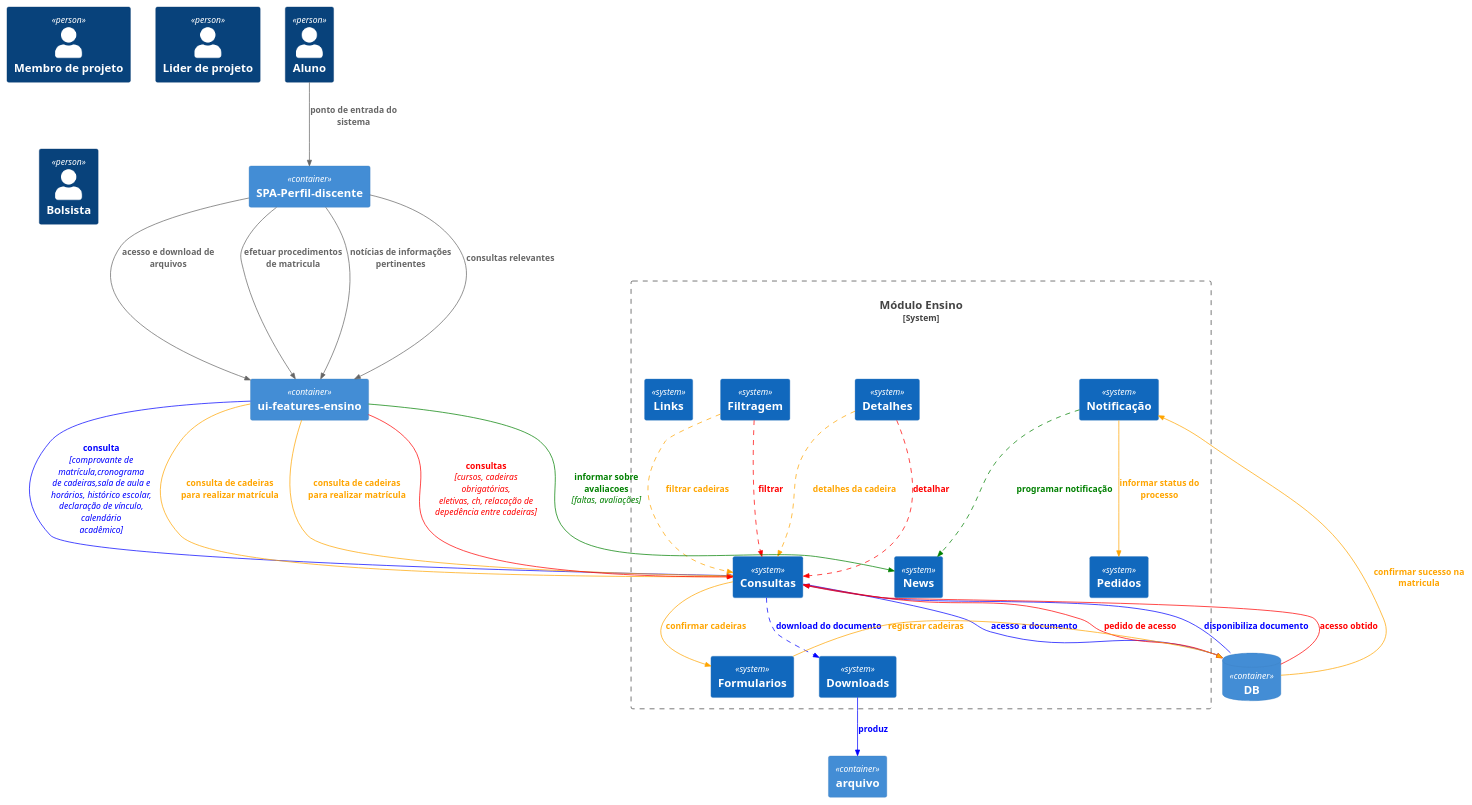
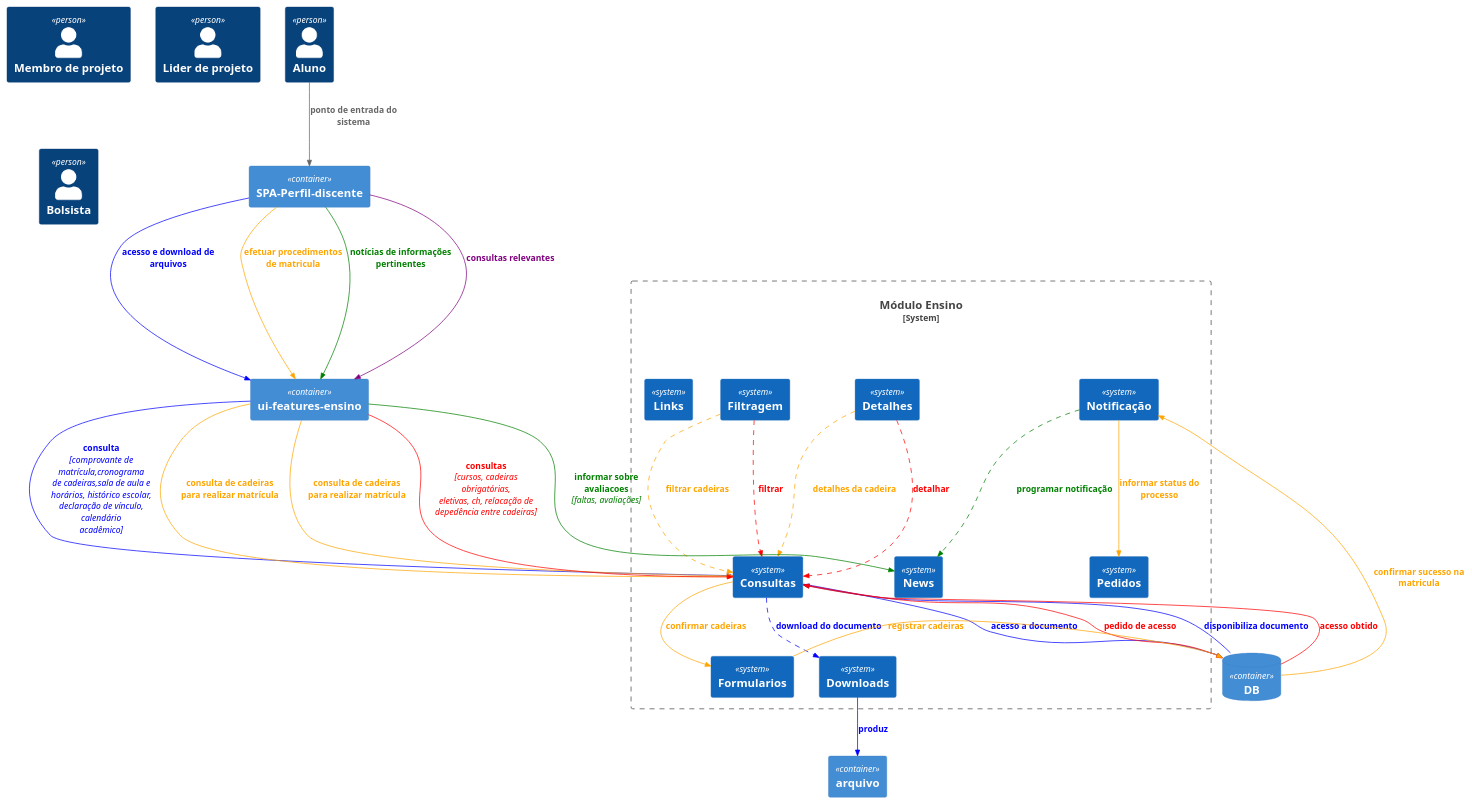
Before and after one commit to EGmux/APS-2023.2-SIGAA: the diagram in resources/BCEnsino/diagramaC4SsystemViewEnsino.puml, drawn with PlantUML. The commit also changed 1 other file, not shown here.

Commit message:
fix(BCEnsino): diagrama e título de funcionalidade como esperados

```diff
--- a/resources/BCEnsino/diagramaC4SsystemViewEnsino.puml
+++ b/resources/BCEnsino/diagramaC4SsystemViewEnsino.puml
@@ -1,74 +1,74 @@
 @startuml C4_Elements
 !include <C4/C4_Container>
 
 Person(aluno, "Aluno")
 
 Person(membrosDeProjeto, "Membro de projeto")
 Person(liderDeProjeto, "Lider de projeto")
 Person(bolsista, "Bolsista")
 Person(aluno, "Aluno")
 
 AddRelTag("u1d", $textColor="blue", $lineColor="blue", $lineStyle = DashedLine())
 AddRelTag("u1", $textColor="blue", $lineColor="blue")
 AddRelTag("u2d", $textColor="orange", $lineColor="orange", $lineStyle = DashedLine())
 AddRelTag("u2", $textColor="orange", $lineColor="orange")
 AddRelTag("u3d", $textColor="green", $lineColor="green", $lineStyle = DashedLine())
 AddRelTag("u3", $textColor="green", $lineColor="green")
 AddRelTag("u4d", $textColor="purple", $lineColor="purple", $lineStyle = DashedLine())
 AddRelTag("u4", $textColor="purple", $lineColor="purple")
 AddRelTag("u5d", $textColor="red", $lineColor="red", $lineStyle = DashedLine())
 AddRelTag("u5", $textColor="red", $lineColor="red")
 
 Container(spadis, "SPA-Perfil-discente")
 ContainerDb(db, "DB", "", "")
 Container(resource, "arquivo", "", "")
 Container(md, "ui-features-ensino", "", "")
 System_Boundary(c1,Módulo Ensino){
 
 System(statusSistema, "Pedidos")
 System(notificacaoSistema, "Notificação")
 System(descricaoSistema, "Detalhes")
 
 ' System(regrasNegocioSistema, "Regras de negócio")
 System(filtragemSistema, "Filtragem")
 System(consultaSistemas, "Consultas")
 System(linksSistema, "Links")
 System(formulariosSistema, "Formularios")
 System(downloadsSistema, "Downloads")
 System(newsSistema, "News")
 }
 'filtrar projetos de extensão baseado em certo critério
 Rel(aluno, spadis, "ponto de entrada do sistema")
-Rel(spadis, md, "acesso e download de arquivos")
+Rel(spadis, md, "acesso e download de arquivos", $tags="u1")
 Rel(md, consultaSistemas,"consulta", "comprovante de matrícula,cronograma de cadeiras,sala de aula e horários, histórico escolar, declaração de vínculo, calendário acadêmico", $tags="u1")
 Rel(consultaSistemas, db,"acesso a documento", $tags="u1")
 Rel(db, consultaSistemas,"disponibiliza documento", $tags="u1")
 Rel(consultaSistemas, downloadsSistema,"download do documento", $tags="u1d")
 Rel(downloadsSistema, resource,"produz", $tags="u1")
 
 'matricula nas cadeiras
-Rel(spadis, md, "efetuar procedimentos de matricula")
+Rel(spadis, md, "efetuar procedimentos de matricula", $tags="u2")
 Rel(md, consultaSistemas,"consulta de cadeiras para realizar matrícula", $tags="u2")
 Rel(filtragemSistema, consultaSistemas,"filtrar cadeiras", $tags="u2d")
 Rel(descricaoSistema, consultaSistemas,"detalhes da cadeira", $tags="u2d")
 Rel(consultaSistemas, formulariosSistema,"confirmar cadeiras", $tags="u2")
 Rel(formulariosSistema, db,"registrar cadeiras", $tags="u2")
 Rel(db, notificacaoSistema,"confirmar sucesso na matricula", $tags="u2")
 Rel(notificacaoSistema, statusSistema,"informar status do processo", $tags="u2")
 
 'quando terá availação, faltas etc
-Rel(spadis, md, "notícias de informações pertinentes")
+Rel(spadis, md, "notícias de informações pertinentes", $tags="u3")
 Rel(md, consultaSistemas,"consulta de cadeiras para realizar matrícula", $tags="u2")
 Rel(md, newsSistema,"informar sobre avaliacoes", "faltas, avaliações",$tags="u3")
 Rel(notificacaoSistema,newsSistema,"programar notificação", $tags="u3d")
 
 'consulta de informações relevantes ao curso
-Rel(spadis, md, "consultas relevantes")
+Rel(spadis, md, "consultas relevantes", $tags="u4")
 Rel(md, consultaSistemas,"consultas", "cursos, cadeiras obrigatórias, eletivas, ch, relacação de depedência entre cadeiras",$tags="u5")
 Rel(filtragemSistema,consultaSistemas,"filtrar" ,$tags="u5d")
 Rel(descricaoSistema,consultaSistemas,"detalhar" ,$tags="u5d")
 Rel(consultaSistemas,db,"pedido de acesso" ,$tags="u5")
 Rel(db,consultaSistemas,"acesso obtido" ,$tags="u5")
 
 
 @enduml
```
